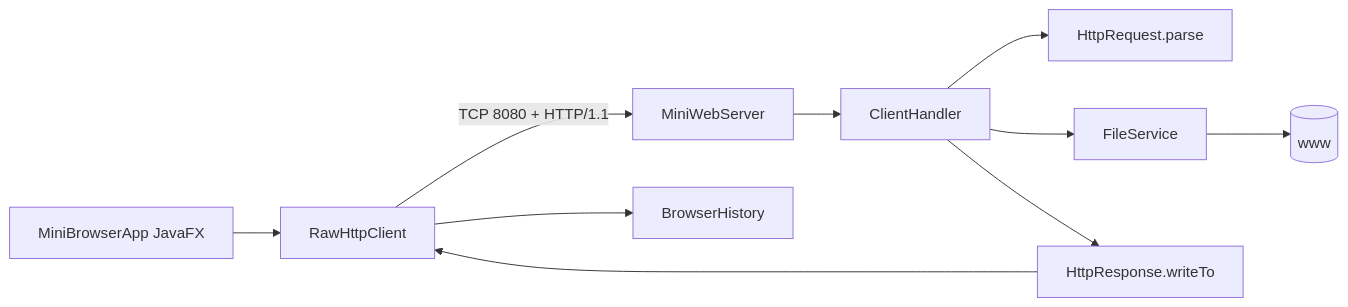
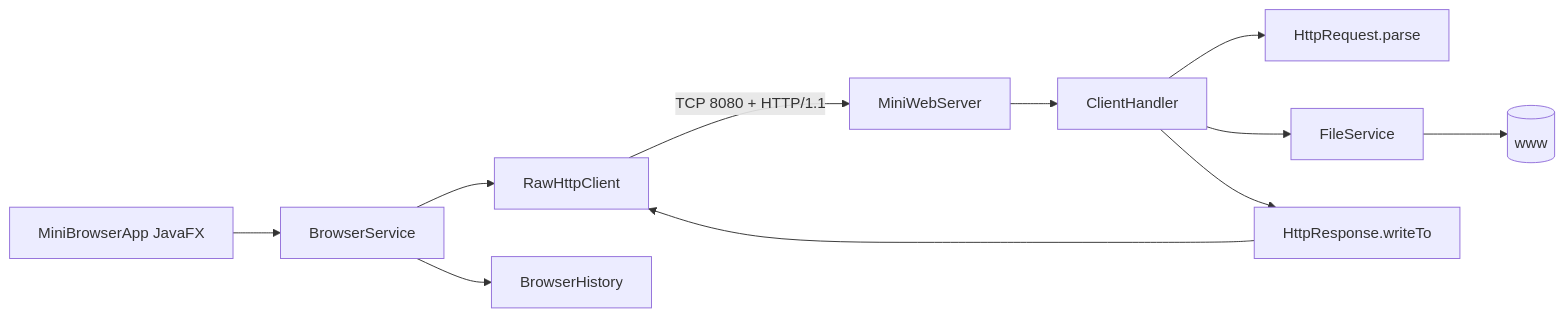
The diagram in lap4/ARCHITECTURE.md (lequocdinhKt/5-lap-LTM), drawn with Mermaid before and after one commit. The commit also changed other lines of this file and 18 other files, not shown here.

````diff
--- a/lap4/ARCHITECTURE.md
+++ b/lap4/ARCHITECTURE.md
@@ -3,12 +3,13 @@
 ```mermaid
 flowchart LR
-    UI[MiniBrowserApp JavaFX] --> C[RawHttpClient]
+    UI[MiniBrowserApp JavaFX] --> SVC[BrowserService]
+    SVC --> C[RawHttpClient]
     C -- TCP 8080 + HTTP/1.1 --> S[MiniWebServer]
     S --> H[ClientHandler]
     H --> Q[HttpRequest.parse]
     H --> F[FileService]
     H --> R[HttpResponse.writeTo]
     F --> W[(www)]
     R --> C
-    C --> BH[BrowserHistory]
+    SVC --> BH[BrowserHistory]
 ```
````
